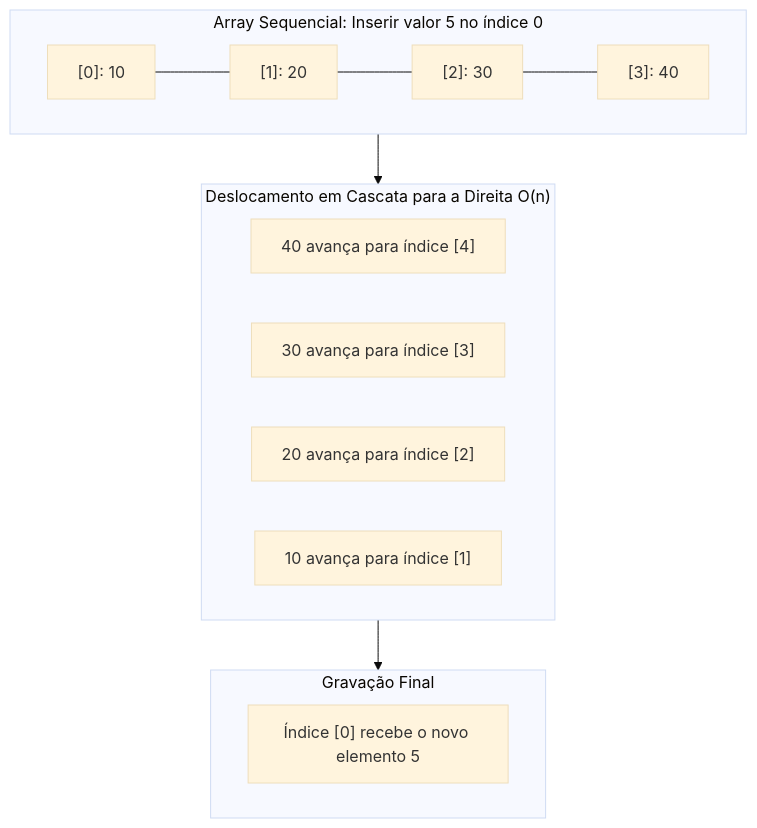
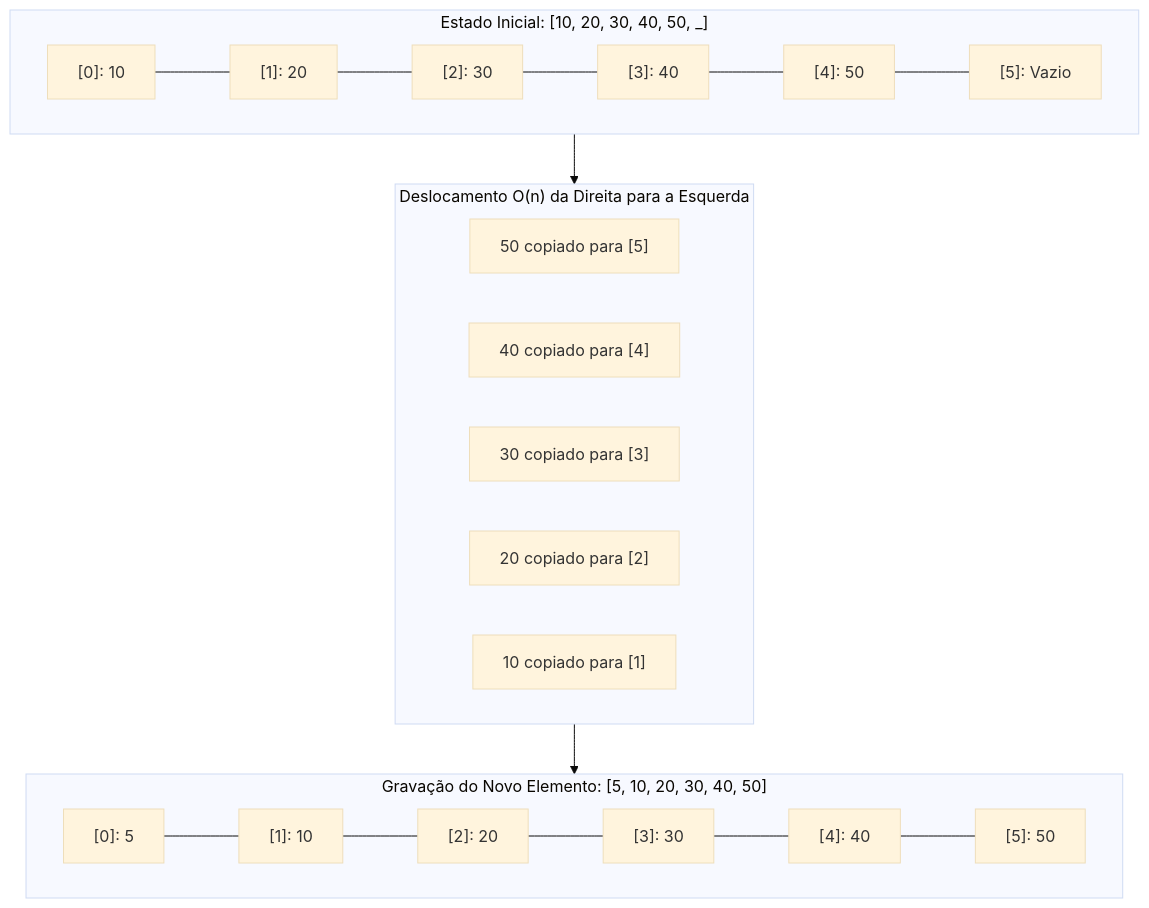
The tenth of 22 diagrams in 4º Semestre/[Prof. Wesley Soares] Estrutura de Dados I/Resumos-IA/Caderno-Consolidado.md (murilolol/unifef), drawn with Mermaid (base theme) before and after one commit. The commit also changed other lines of this file and 25 other files, not shown here.

````diff
--- a/4º Semestre/[Prof. Wesley Soares] Estrutura de Dados I/Resumos-IA/Caderno-Consolidado.md
+++ b/4º Semestre/[Prof. Wesley Soares] Estrutura de Dados I/Resumos-IA/Caderno-Consolidado.md
@@ -622,19 +671,17 @@
 ```mermaid
 flowchart TD
-    subgraph VetorOriginal["Array Sequencial: Inserir valor 5 no índice 0"]
-        V0["[0]: 10"] --- V1["[1]: 20"] --- V2["[2]: 30"] --- V3["[3]: 40"]
+    subgraph ArrayOriginal["Estado Inicial: [10, 20, 30, 40, 50, _]"]
+        A0["[0]: 10"] --- A1["[1]: 20"] --- A2["[2]: 30"] --- A3["[3]: 40"] --- A4["[4]: 50"] --- A5["[5]: Vazio"]
     end
-    
-    subgraph DeslocamentoDir["Deslocamento em Cascata para a Direita O(n)"]
-        D3["40 avança para índice [4]"]
-        D2["30 avança para índice [3]"]
-        D1["20 avança para índice [2]"]
-        D0["10 avança para índice [1]"]
+    subgraph Deslocamento["Deslocamento O(n) da Direita para a Esquerda"]
+        M4["50 copiado para [5]"]
+        M3["40 copiado para [4]"]
+        M2["30 copiado para [3]"]
+        M1["20 copiado para [2]"]
+        M0["10 copiado para [1]"]
     end
-    
-    subgraph PosInsercao["Gravação Final"]
-        Novo["Índice [0] recebe o novo elemento 5"]
+    subgraph ArrayFinal["Gravação do Novo Elemento: [5, 10, 20, 30, 40, 50]"]
+        R0["[0]: 5"] --- R1["[1]: 10"] --- R2["[2]: 20"] --- R3["[3]: 30"] --- R4["[4]: 40"] --- R5["[5]: 50"]
     end
-    
-    VetorOriginal --> DeslocamentoDir --> PosInsercao
+    ArrayOriginal --> Deslocamento --> ArrayFinal
 ```
````
